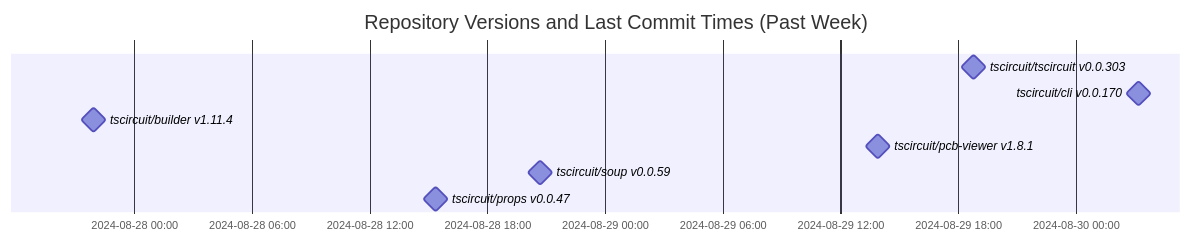
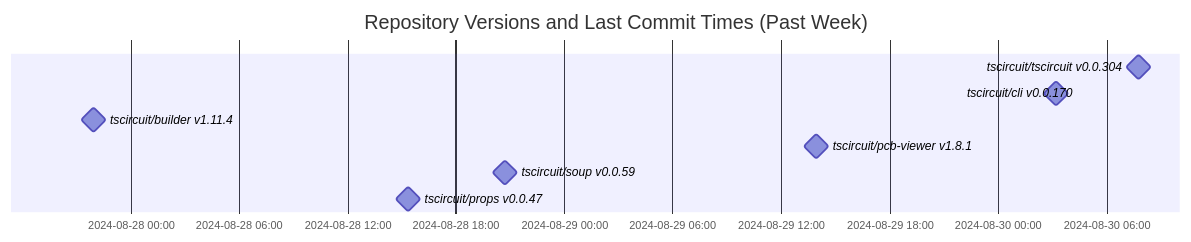
Before and after one commit to tscircuit/version-tracker: the diagram in README.md, drawn with Mermaid.

Commit message:
Update chart

````diff
--- a/README.md
+++ b/README.md
@@ -1,13 +1,13 @@
 ```mermaid
 gantt
   dateFormat  YYYY-MM-DD HH:mm:ss
   title Repository Versions and Last Commit Times (Past Week)
   axisFormat %Y-%m-%d %H:%M
 
-  tscircuit/tscircuit v0.0.303 : milestone, 2024-08-29 18:47:58, 1s
+  tscircuit/tscircuit v0.0.304 : milestone, 2024-08-30 07:47:21, 1s
   tscircuit/cli v0.0.170 : milestone, 2024-08-30 03:13:02, 1s
   tscircuit/builder v1.11.4 : milestone, 2024-08-27 21:56:45, 1s
   tscircuit/pcb-viewer v1.8.1 : milestone, 2024-08-29 13:56:55, 1s
   tscircuit/soup v0.0.59 : milestone, 2024-08-28 20:42:30, 1s
   tscircuit/props v0.0.47 : milestone, 2024-08-28 15:22:20, 1s
 ```
````
